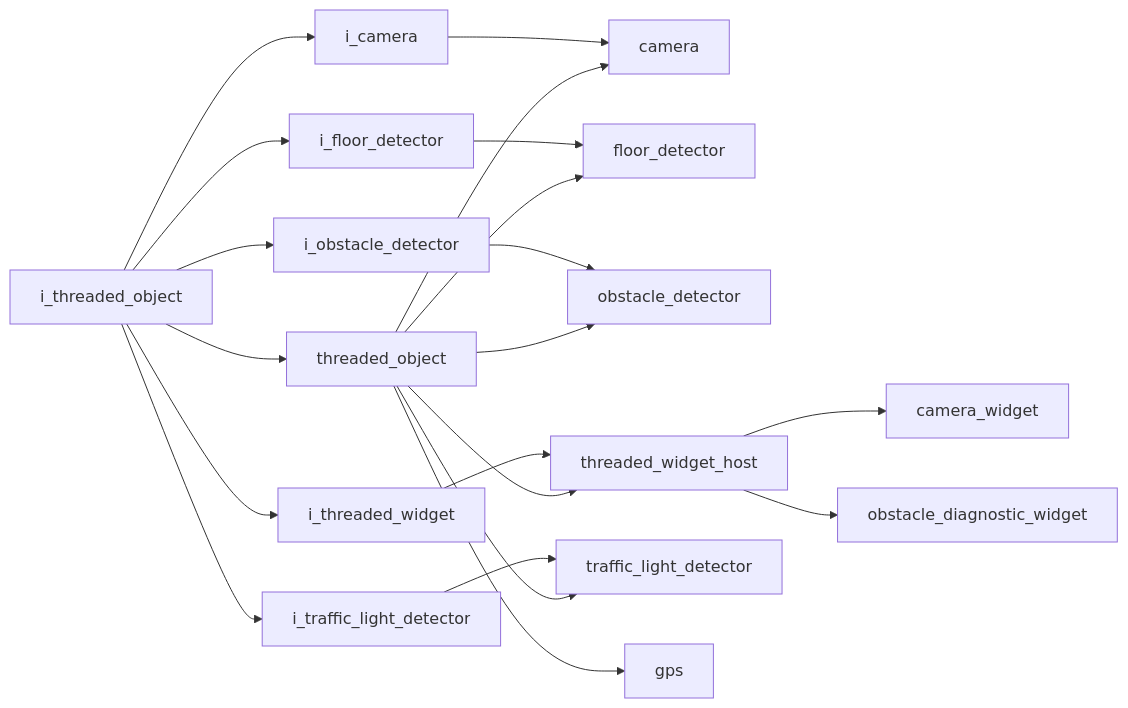
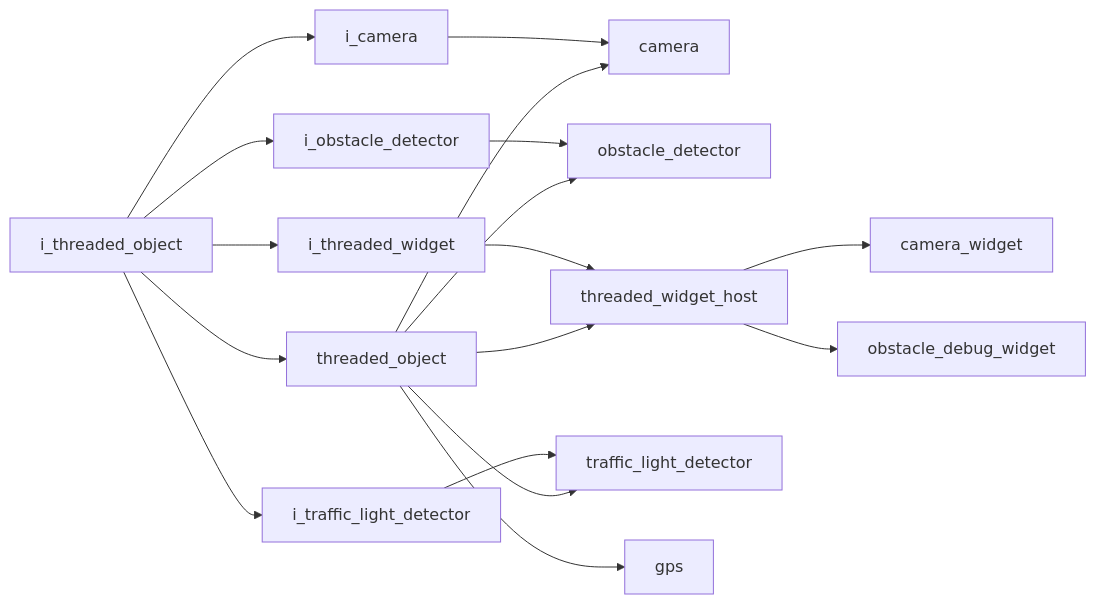
One commit to kasper-szczerba/acs_wiki changed the second of 2 diagrams in docs/codebase/namespaces/core/interfaces/i_threaded_object.md. Above: the diagram before and after it, drawn with Mermaid. The commit also changed other lines of this file and 22 other files, not shown here.

````diff
--- a/docs/codebase/namespaces/core/interfaces/i_threaded_object.md
+++ b/docs/codebase/namespaces/core/interfaces/i_threaded_object.md
@@ -23,23 +23,20 @@
 ```mermaid
 graph LR
     i_threaded_object["i_threaded_object"]
     i_camera["i_camera"] --> camera["camera"]
-    i_floor_detector["i_floor_detector"] --> floor_detector["floor_detector"]
     i_obstacle_detector["i_obstacle_detector"] --> obstacle_detector["obstacle_detector"]
     i_threaded_object["i_threaded_object"] --> i_camera["i_camera"]
-    i_threaded_object["i_threaded_object"] --> i_floor_detector["i_floor_detector"]
     i_threaded_object["i_threaded_object"] --> i_obstacle_detector["i_obstacle_detector"]
     i_threaded_object["i_threaded_object"] --> i_threaded_widget["i_threaded_widget"]
     i_threaded_object["i_threaded_object"] --> i_traffic_light_detector["i_traffic_light_detector"]
     i_threaded_object["i_threaded_object"] --> threaded_object["threaded_object"]
     i_threaded_widget["i_threaded_widget"] --> threaded_widget_host["threaded_widget_host"]
     i_traffic_light_detector["i_traffic_light_detector"] --> traffic_light_detector["traffic_light_detector"]
     threaded_object["threaded_object"] --> camera["camera"]
-    threaded_object["threaded_object"] --> floor_detector["floor_detector"]
     threaded_object["threaded_object"] --> gps["gps"]
     threaded_object["threaded_object"] --> obstacle_detector["obstacle_detector"]
     threaded_object["threaded_object"] --> threaded_widget_host["threaded_widget_host"]
     threaded_object["threaded_object"] --> traffic_light_detector["traffic_light_detector"]
     threaded_widget_host["threaded_widget_host"] --> camera_widget["camera_widget"]
-    threaded_widget_host["threaded_widget_host"] --> obstacle_diagnostic_widget["obstacle_diagnostic_widget"]
+    threaded_widget_host["threaded_widget_host"] --> obstacle_debug_widget["obstacle_debug_widget"]
 ```
````
